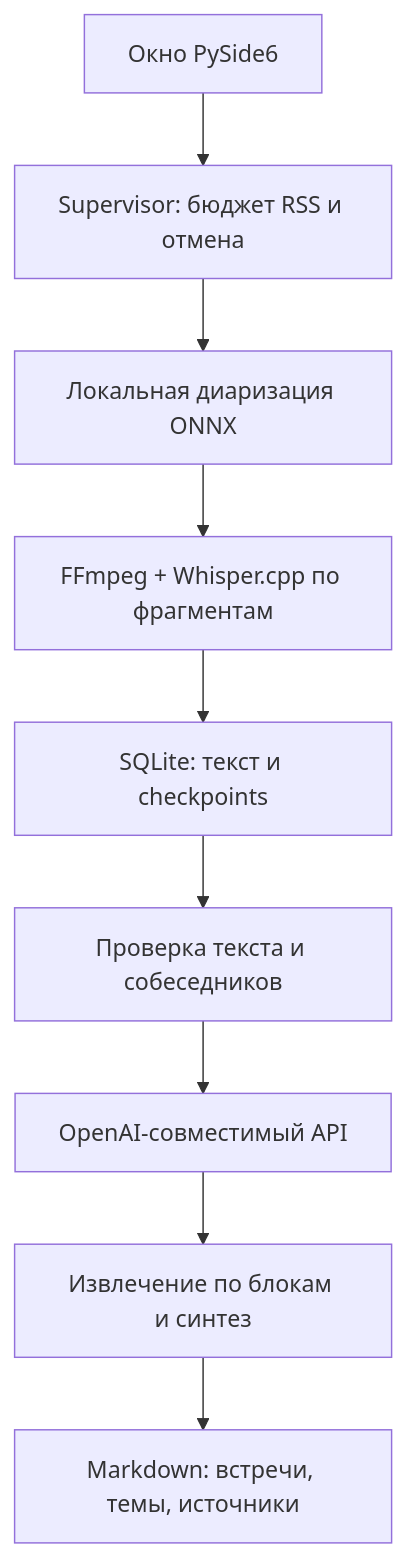
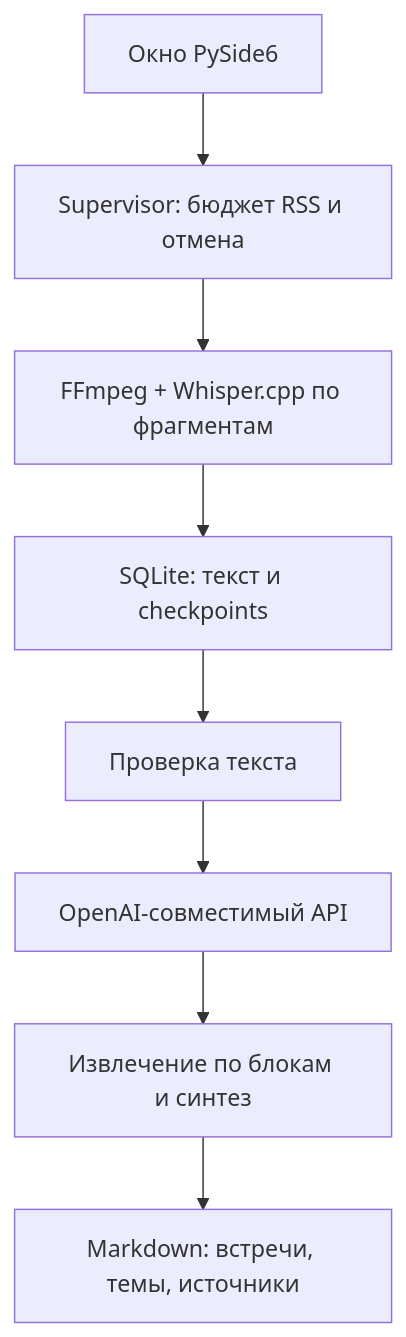
Before and after one commit to Igibaev/samarizator: the diagram in docs/architecture.md, drawn with Mermaid. The commit also changed other lines of this file and 29 other files, not shown here.

````diff
--- a/docs/architecture.md
+++ b/docs/architecture.md
@@ -3,11 +3,10 @@
 ```mermaid
 flowchart TD
     UI["Окно PySide6"] --> W["Supervisor: бюджет RSS и отмена"]
-    W --> D["Локальная диаризация ONNX"]
-    D --> A["FFmpeg + Whisper.cpp по фрагментам"]
+    W --> A["FFmpeg + Whisper.cpp по фрагментам"]
     A --> DB["SQLite: текст и checkpoints"]
-    DB --> R["Проверка текста и собеседников"]
+    DB --> R["Проверка текста"]
     R --> C["OpenAI-совместимый API"]
     C --> S["Извлечение по блокам и синтез"]
     S --> KB["Markdown: встречи, темы, источники"]
 ```
````
